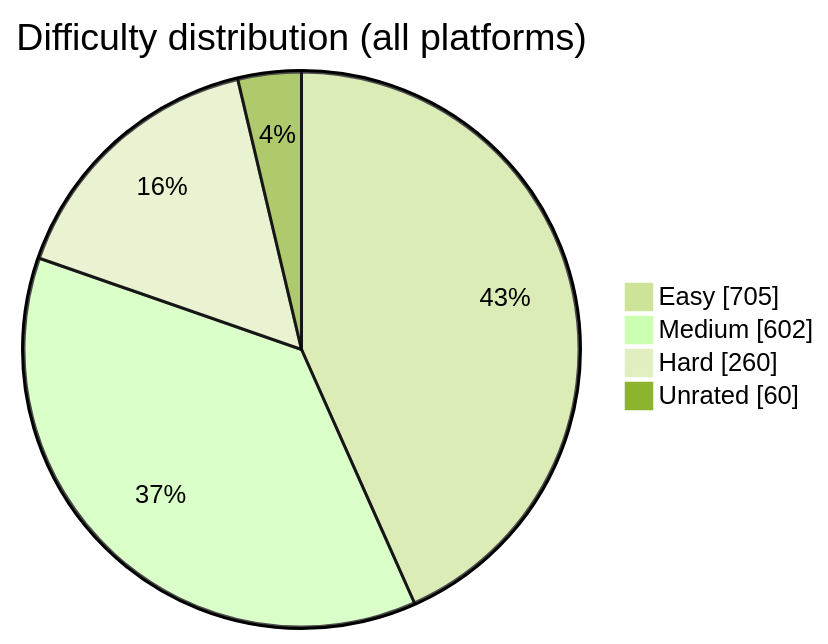
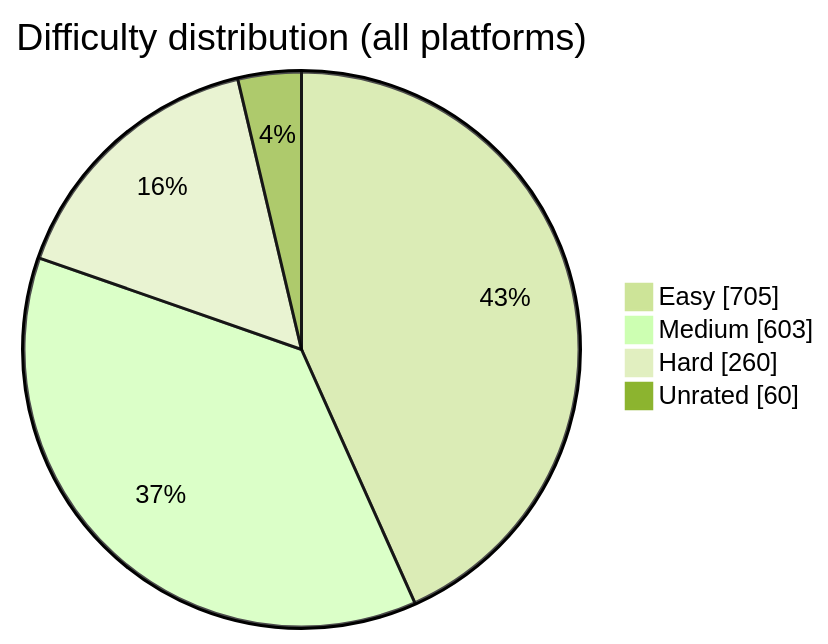
The diagram in README.md (BuildbyArindam/Daily-Coding-Log), drawn with Mermaid (forest theme) before and after one commit. The commit also changed other lines of this file, not shown here.

````diff
--- a/README.md
+++ b/README.md
@@ -93,7 +93,7 @@
 ```mermaid
 pie showData title Difficulty distribution (all platforms)
     "Easy" : 705
-    "Medium" : 602
+    "Medium" : 603
     "Hard" : 260
     "Unrated" : 60
 ```
````
